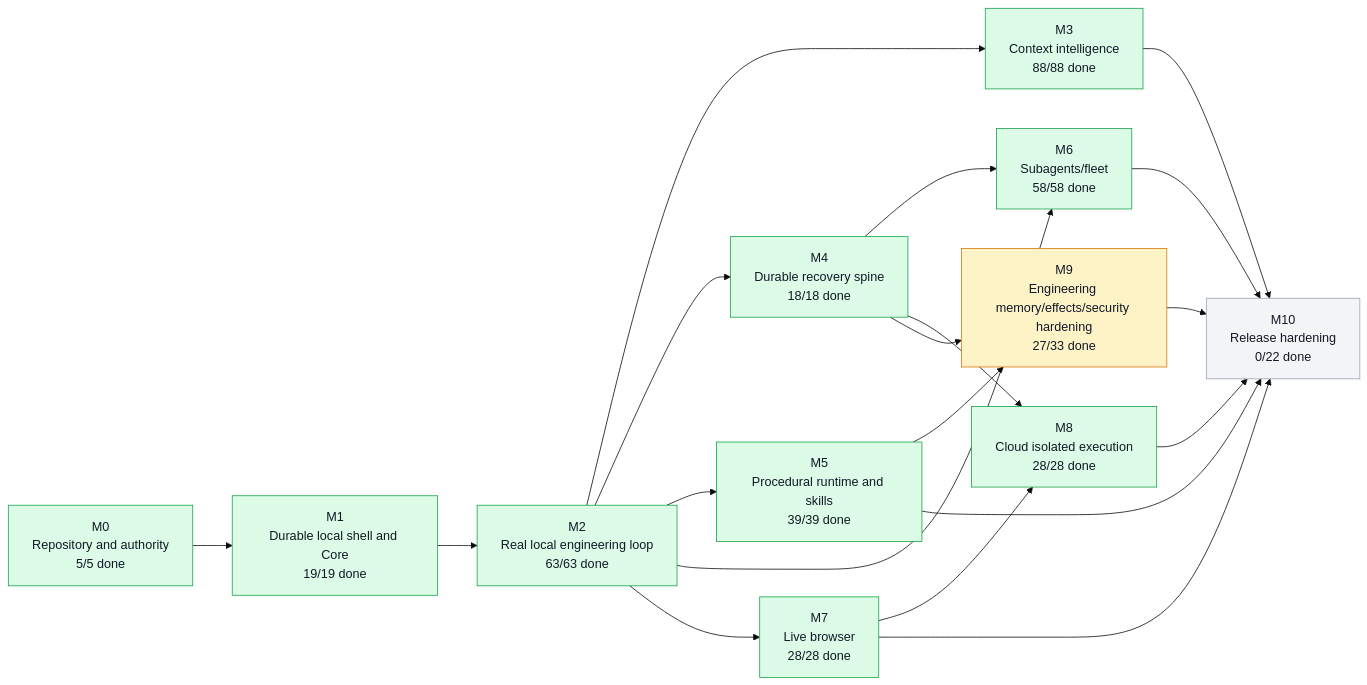
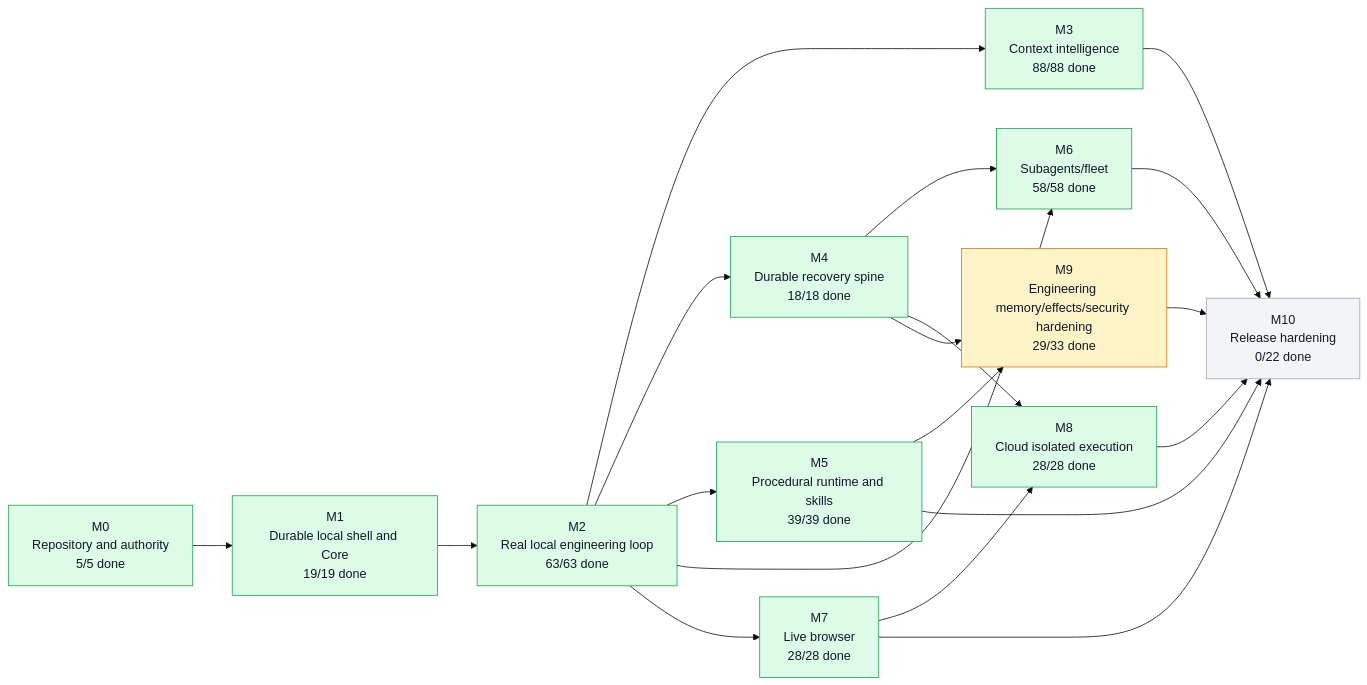
Before and after one commit to moss101/modbit: the first of 5 diagrams in graph/PROJECT_GRAPH.md, drawn with Mermaid (base theme). The commit also changed other lines of this file and 7 other files, not shown here.

````diff
--- a/graph/PROJECT_GRAPH.md
+++ b/graph/PROJECT_GRAPH.md
@@ -57,43 +57,43 @@
 ```mermaid
 flowchart LR
   M0["M0<br/>Repository and authority<br/>5/5 done"]
   M1["M1<br/>Durable local shell and Core<br/>19/19 done"]
   M2["M2<br/>Real local engineering loop<br/>63/63 done"]
   M3["M3<br/>Context intelligence<br/>88/88 done"]
   M4["M4<br/>Durable recovery spine<br/>18/18 done"]
   M5["M5<br/>Procedural runtime and skills<br/>39/39 done"]
   M6["M6<br/>Subagents/fleet<br/>58/58 done"]
   M7["M7<br/>Live browser<br/>28/28 done"]
   M8["M8<br/>Cloud isolated execution<br/>28/28 done"]
-  M9["M9<br/>Engineering memory/effects/security hardening<br/>27/33 done"]
+  M9["M9<br/>Engineering memory/effects/security hardening<br/>29/33 done"]
   M10["M10<br/>Release hardening<br/>0/22 done"]
   M0 --> M1
   M1 --> M2
   M2 --> M3
   M2 --> M4
   M2 --> M5
   M2 --> M6
   M4 --> M6
   M2 --> M7
   M4 --> M8
   M7 --> M8
   M4 --> M9
   M5 --> M9
   M3 --> M10
   M5 --> M10
   M6 --> M10
   M7 --> M10
   M8 --> M10
   M9 --> M10
   style M0 fill:#dcfce7,stroke:#16a34a,color:#111827
   style M1 fill:#dcfce7,stroke:#16a34a,color:#111827
   style M2 fill:#dcfce7,stroke:#16a34a,color:#111827
   style M3 fill:#dcfce7,stroke:#16a34a,color:#111827
   style M4 fill:#dcfce7,stroke:#16a34a,color:#111827
   style M5 fill:#dcfce7,stroke:#16a34a,color:#111827
   style M6 fill:#dcfce7,stroke:#16a34a,color:#111827
   style M7 fill:#dcfce7,stroke:#16a34a,color:#111827
   style M8 fill:#dcfce7,stroke:#16a34a,color:#111827
   style M9 fill:#fef3c7,stroke:#d97706,color:#111827
   style M10 fill:#f3f4f6,stroke:#9ca3af,color:#111827
 ```
````
